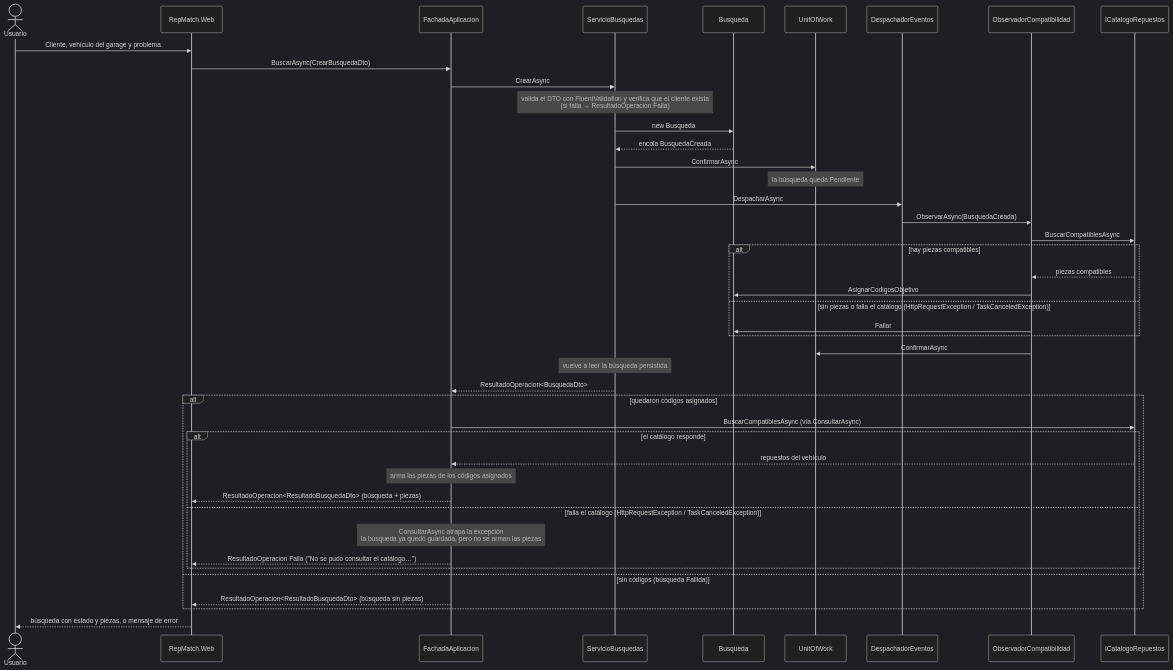
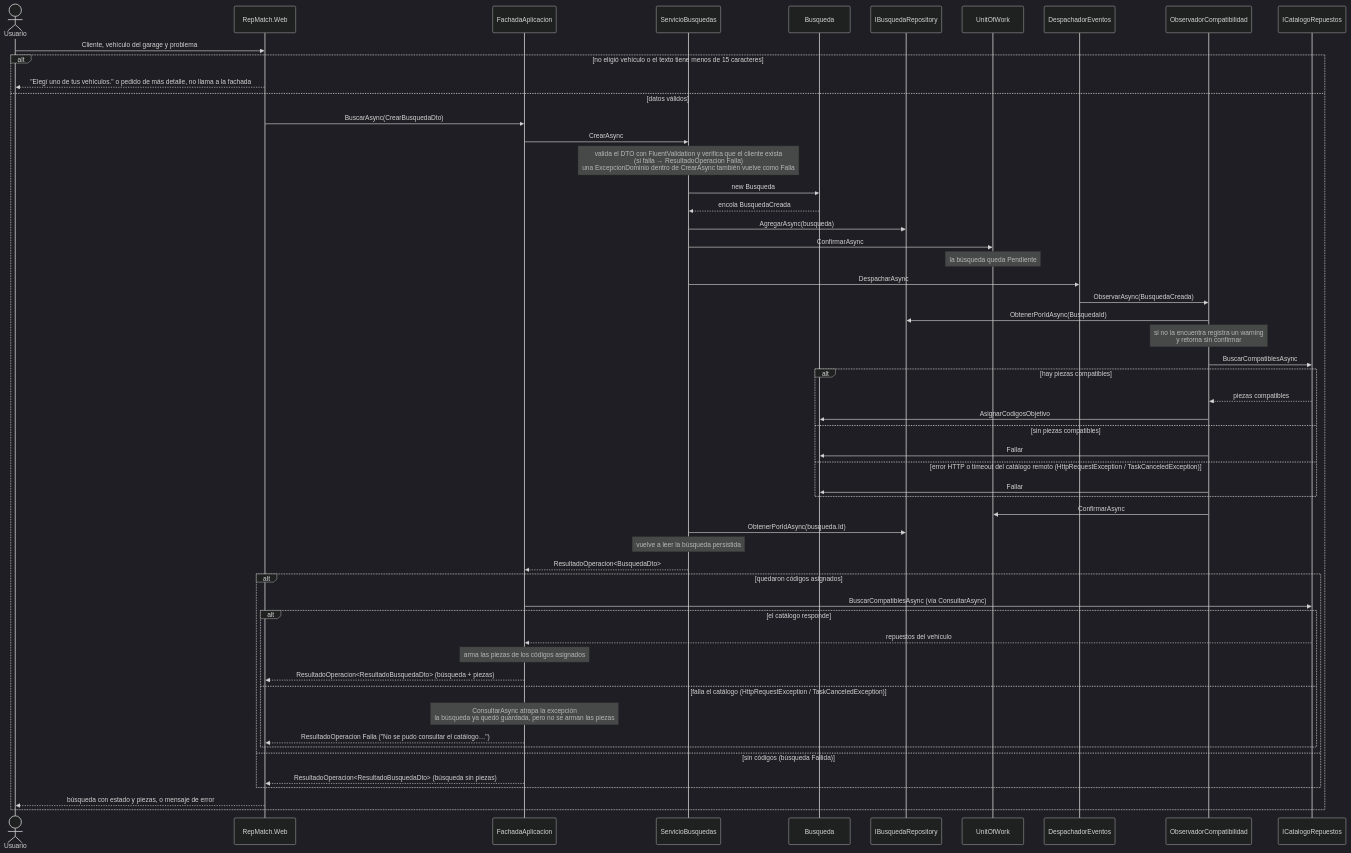
Before and after one commit to lfb-00/tp-apps-2: the first of 3 diagrams in docs/diagramas/secuencia.md, drawn with Mermaid (dark theme). The commit also changed other lines of this file and 7 other files, not shown here.

First line of the commit message:
docs: corrige afirmaciones que no coincidían con el código

````diff
--- a/docs/diagramas/secuencia.md
+++ b/docs/diagramas/secuencia.md
@@ -12,47 +12,58 @@
 ```mermaid
 sequenceDiagram
     actor Usuario
     participant Web as RepMatch.Web
     participant Fachada as FachadaAplicacion
     participant Busquedas as ServicioBusquedas
     participant Dominio as Busqueda
+    participant Repo as IBusquedaRepository
     participant UoW as UnitOfWork
     participant Despacho as DespachadorEventos
     participant Obs as ObservadorCompatibilidad
     participant Catalogo as ICatalogoRepuestos
 
     Usuario->>Web: Cliente, vehículo del garage y problema
-    Web->>Fachada: BuscarAsync(CrearBusquedaDto)
-    Fachada->>Busquedas: CrearAsync
-    Note over Busquedas: valida el DTO con FluentValidation y verifica que el cliente exista<br/>(si falla → ResultadoOperacion Falla)
-    Busquedas->>Dominio: new Busqueda
-    Dominio-->>Busquedas: encola BusquedaCreada
-    Busquedas->>UoW: ConfirmarAsync
-    Note over UoW: la búsqueda queda Pendiente
-    Busquedas->>Despacho: DespacharAsync
-    Despacho->>Obs: ObservarAsync(BusquedaCreada)
-    Obs->>Catalogo: BuscarCompatiblesAsync
-    alt hay piezas compatibles
-        Catalogo-->>Obs: piezas compatibles
-        Obs->>Dominio: AsignarCodigosObjetivo
-    else sin piezas o falla el catálogo (HttpRequestException / TaskCanceledException)
-        Obs->>Dominio: Fallar
+    alt no eligió vehículo o el texto tiene menos de 15 caracteres
+        Web-->>Usuario: "Elegí uno de tus vehículos." o pedido de más detalle, no llama a la fachada
+    else datos válidos
+        Web->>Fachada: BuscarAsync(CrearBusquedaDto)
+        Fachada->>Busquedas: CrearAsync
+        Note over Busquedas: valida el DTO con FluentValidation y verifica que el cliente exista<br/>(si falla → ResultadoOperacion Falla)<br/>una ExcepcionDominio dentro de CrearAsync también vuelve como Falla
+        Busquedas->>Dominio: new Busqueda
+        Dominio-->>Busquedas: encola BusquedaCreada
+        Busquedas->>Repo: AgregarAsync(busqueda)
+        Busquedas->>UoW: ConfirmarAsync
+        Note over UoW: la búsqueda queda Pendiente
+        Busquedas->>Despacho: DespacharAsync
+        Despacho->>Obs: ObservarAsync(BusquedaCreada)
+        Obs->>Repo: ObtenerPorIdAsync(BusquedaId)
+        Note over Obs: si no la encuentra registra un warning<br/>y retorna sin confirmar
+        Obs->>Catalogo: BuscarCompatiblesAsync
+        alt hay piezas compatibles
+            Catalogo-->>Obs: piezas compatibles
+            Obs->>Dominio: AsignarCodigosObjetivo
+        else sin piezas compatibles
+            Obs->>Dominio: Fallar
+        else error HTTP o timeout del catálogo remoto (HttpRequestException / TaskCanceledException)
+            Obs->>Dominio: Fallar
+        end
+        Obs->>UoW: ConfirmarAsync
+        Busquedas->>Repo: ObtenerPorIdAsync(busqueda.Id)
+        Note over Busquedas: vuelve a leer la búsqueda persistida
+        Busquedas-->>Fachada: ResultadoOperacion#lt;BusquedaDto#gt;
+        alt quedaron códigos asignados
+            Fachada->>Catalogo: BuscarCompatiblesAsync (vía ConsultarAsync)
+            alt el catálogo responde
+                Catalogo-->>Fachada: repuestos del vehículo
+                Note over Fachada: arma las piezas de los códigos asignados
+                Fachada-->>Web: ResultadoOperacion#lt;ResultadoBusquedaDto#gt; (búsqueda + piezas)
+            else falla el catálogo (HttpRequestException / TaskCanceledException)
+                Note over Fachada: ConsultarAsync atrapa la excepción<br/>la búsqueda ya quedó guardada, pero no se arman las piezas
+                Fachada-->>Web: ResultadoOperacion Falla ("No se pudo consultar el catálogo…")
+            end
+        else sin códigos (búsqueda Fallida)
+            Fachada-->>Web: ResultadoOperacion#lt;ResultadoBusquedaDto#gt; (búsqueda sin piezas)
+        end
+        Web-->>Usuario: búsqueda con estado y piezas, o mensaje de error
     end
-    Obs->>UoW: ConfirmarAsync
-    Note over Busquedas: vuelve a leer la búsqueda persistida
-    Busquedas-->>Fachada: ResultadoOperacion#lt;BusquedaDto#gt;
-    alt quedaron códigos asignados
-        Fachada->>Catalogo: BuscarCompatiblesAsync (vía ConsultarAsync)
-        alt el catálogo responde
-            Catalogo-->>Fachada: repuestos del vehículo
-            Note over Fachada: arma las piezas de los códigos asignados
-            Fachada-->>Web: ResultadoOperacion#lt;ResultadoBusquedaDto#gt; (búsqueda + piezas)
-        else falla el catálogo (HttpRequestException / TaskCanceledException)
-            Note over Fachada: ConsultarAsync atrapa la excepción<br/>la búsqueda ya quedó guardada, pero no se arman las piezas
-            Fachada-->>Web: ResultadoOperacion Falla ("No se pudo consultar el catálogo…")
-        end
-    else sin códigos (búsqueda Fallida)
-        Fachada-->>Web: ResultadoOperacion#lt;ResultadoBusquedaDto#gt; (búsqueda sin piezas)
-    end
-    Web-->>Usuario: búsqueda con estado y piezas, o mensaje de error
 ```
````
